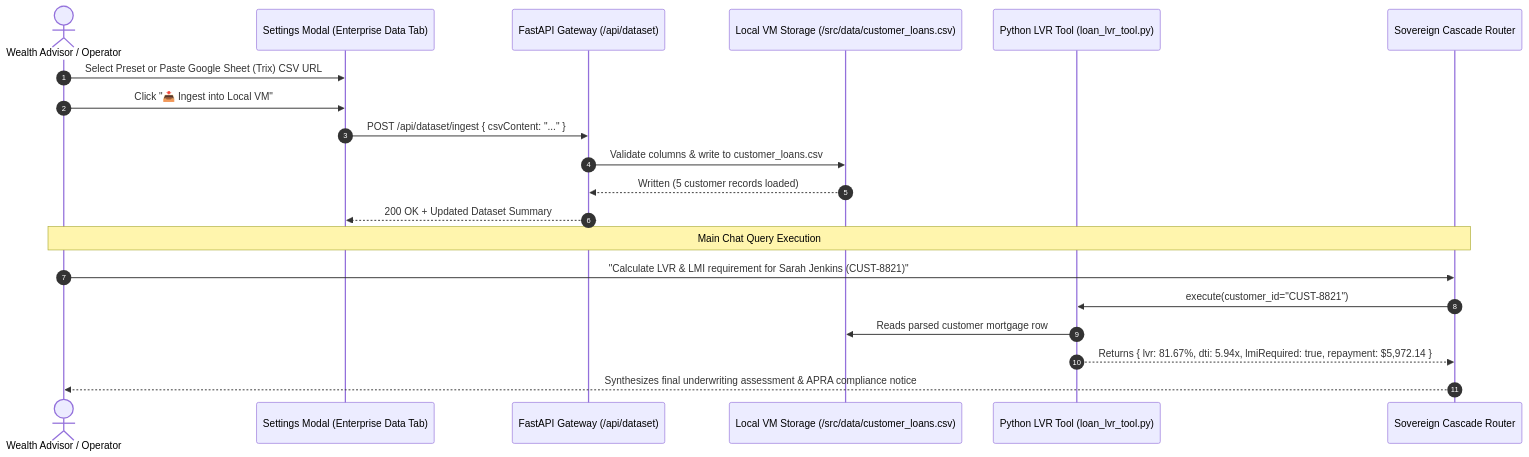
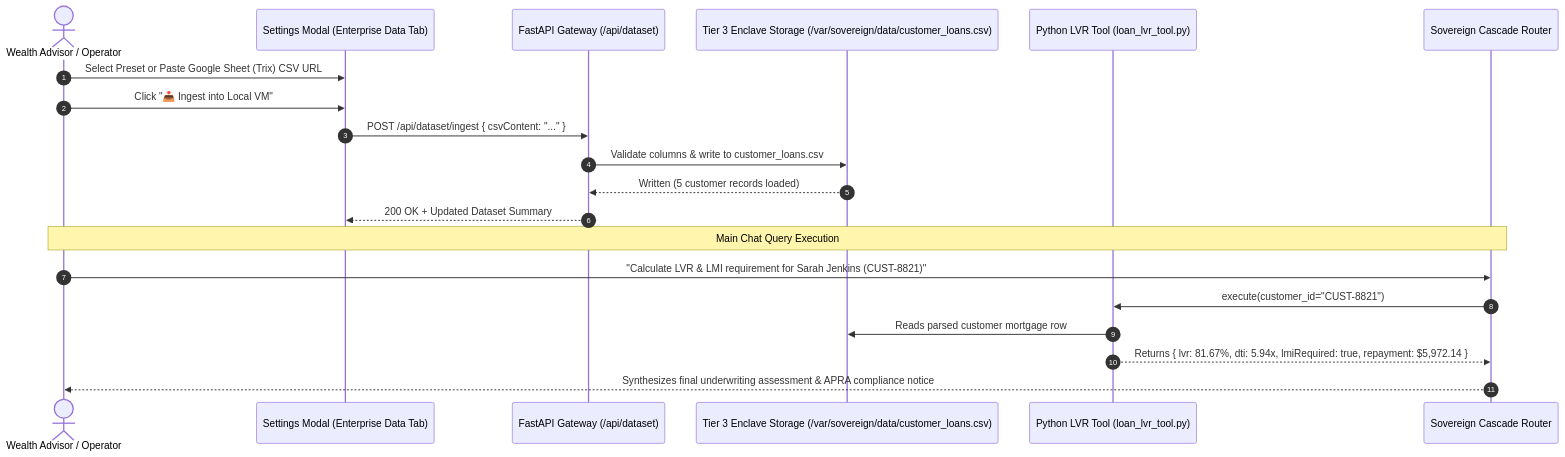
Before and after one commit to mattpancino/agentrobot: the second of 2 diagrams in docs/ENTERPRISE_DATA_AND_STORAGE_TIERING_ADDENDUM.md, drawn with Mermaid. The commit also changed other lines of this file and 40 other files, not shown here.

Commit message:
feat(ui): add markdown rendering, live architecture modal, and resilient tunnels

````diff
--- a/docs/ENTERPRISE_DATA_AND_STORAGE_TIERING_ADDENDUM.md
+++ b/docs/ENTERPRISE_DATA_AND_STORAGE_TIERING_ADDENDUM.md
@@ -83,24 +83,24 @@
 ```mermaid
 sequenceDiagram
     autonumber
     actor User as Wealth Advisor / Operator
     participant UI as Settings Modal (Enterprise Data Tab)
     participant API as FastAPI Gateway (/api/dataset)
-    participant Disk as Local VM Storage (/src/data/customer_loans.csv)
+    participant Disk as Tier 3 Enclave Storage (/var/sovereign/data/customer_loans.csv)
     participant Tool as Python LVR Tool (loan_lvr_tool.py)
     participant Router as Sovereign Cascade Router
 
     User->>UI: Select Preset or Paste Google Sheet (Trix) CSV URL
     User->>UI: Click "📥 Ingest into Local VM"
     UI->>API: POST /api/dataset/ingest { csvContent: "..." }
     API->>Disk: Validate columns & write to customer_loans.csv
     Disk-->>API: Written (5 customer records loaded)
     API-->>UI: 200 OK + Updated Dataset Summary
     
     Note over User,Router: Main Chat Query Execution
     User->>Router: "Calculate LVR & LMI requirement for Sarah Jenkins (CUST-8821)"
     Router->>Tool: execute(customer_id="CUST-8821")
     Tool->>Disk: Reads parsed customer mortgage row
     Tool-->>Router: Returns { lvr: 81.67%, dti: 5.94x, lmiRequired: true, repayment: $5,972.14 }
     Router-->>User: Synthesizes final underwriting assessment & APRA compliance notice
 ```
````
